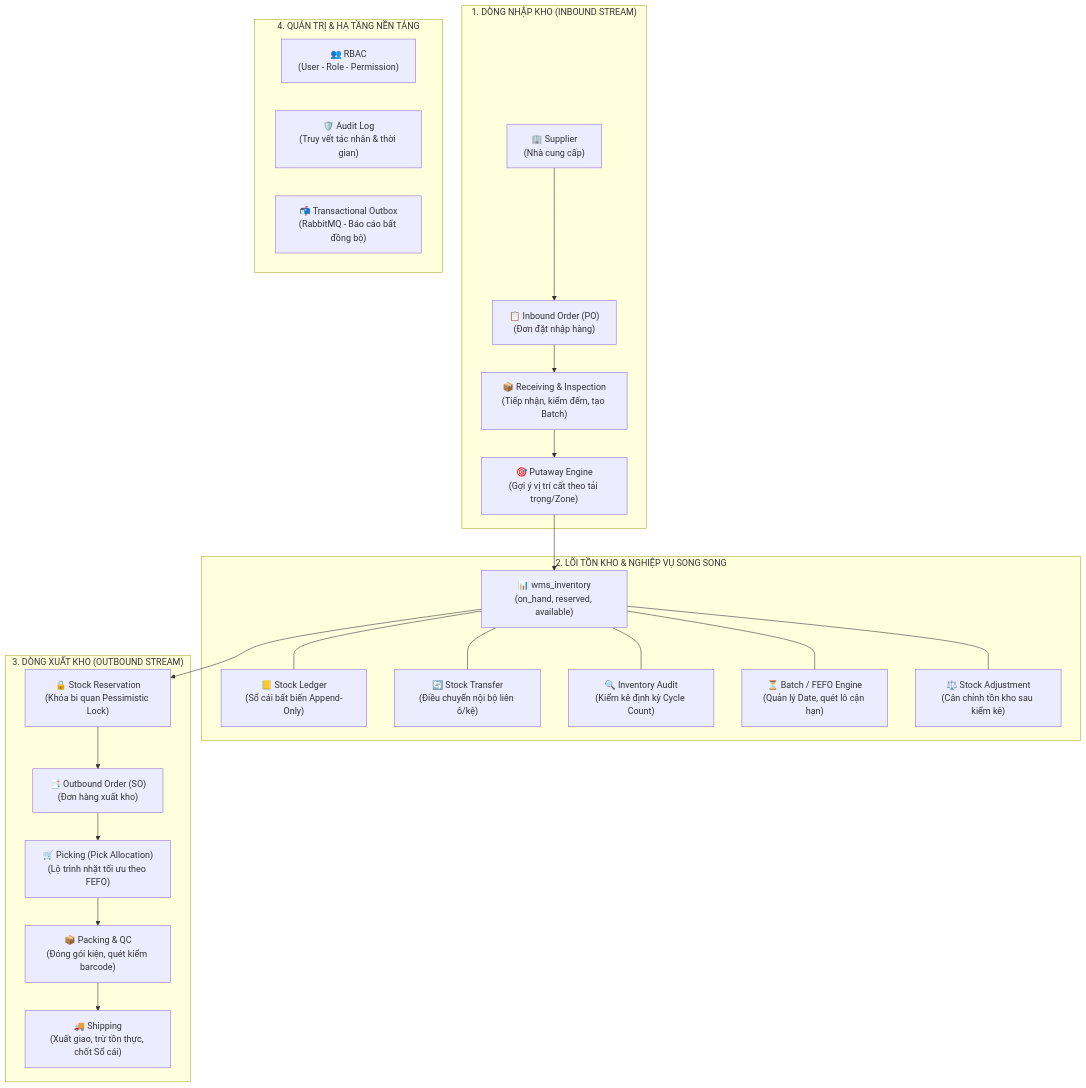
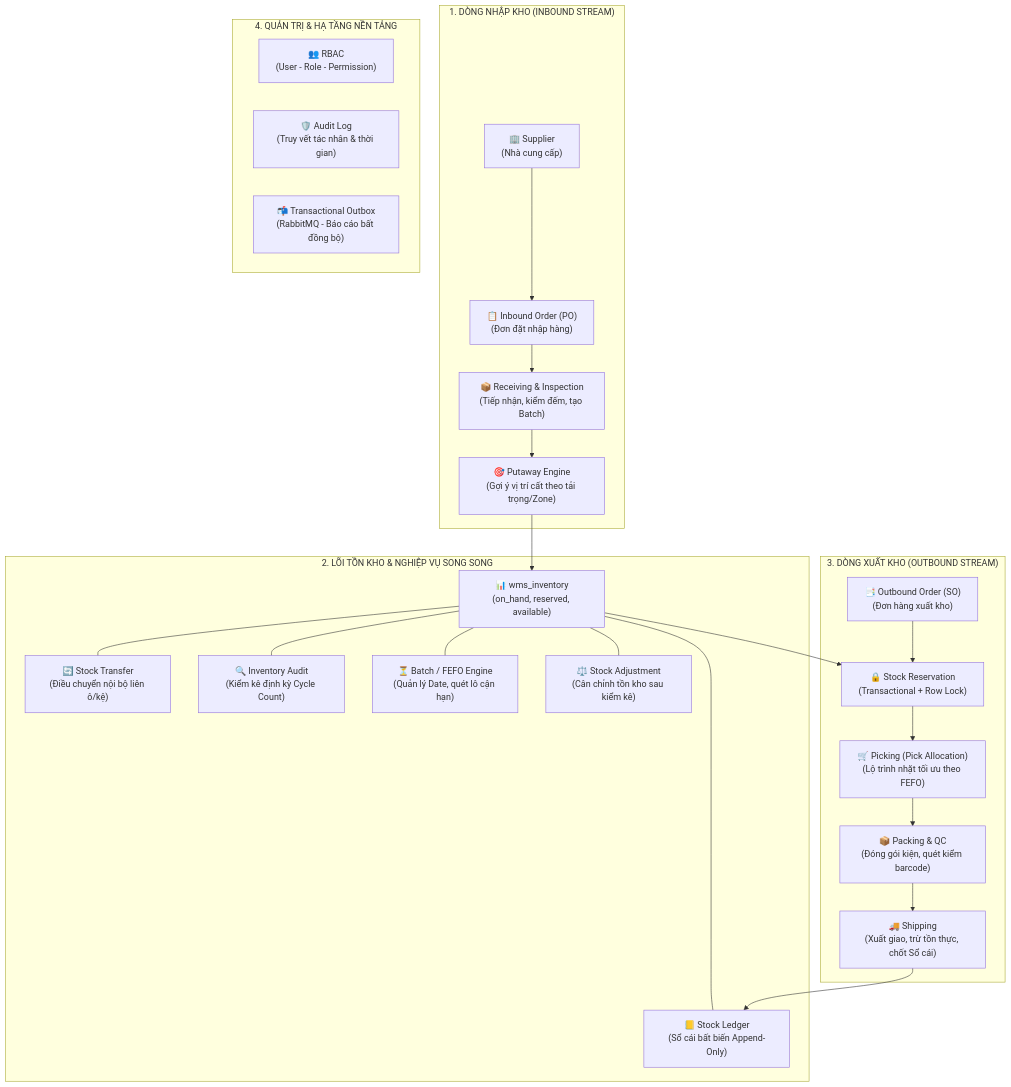
The first of 4 diagrams in LUONG_DU_LIEU_VA_QUY_TAC_NGHIEP_VU.md (chien261025/HKDN), drawn with Mermaid before and after one commit.

Commit message:
docs: correct outbound flow order (Outbound Order -> Reservation) and refine transaction lock label

````diff
--- a/LUONG_DU_LIEU_VA_QUY_TAC_NGHIEP_VU.md
+++ b/LUONG_DU_LIEU_VA_QUY_TAC_NGHIEP_VU.md
@@ -25,39 +25,40 @@
 ```mermaid
 flowchart TD
     subgraph INBOUND ["1. DÒNG NHẬP KHO (INBOUND STREAM)"]
         SUP["🏢 Supplier<br/>(Nhà cung cấp)"] --> INB["📋 Inbound Order (PO)<br/>(Đơn đặt nhập hàng)"]
         INB --> RCV["📦 Receiving & Inspection<br/>(Tiếp nhận, kiểm đếm, tạo Batch)"]
         RCV --> PUT["🎯 Putaway Engine<br/>(Gợi ý vị trí cất theo tải trọng/Zone)"]
     end
 
     subgraph CORE ["2. LÕI TỒN KHO & NGHIỆP VỤ SONG SONG"]
         INV["📊 wms_inventory<br/>(on_hand, reserved, available)"]
         LEDGER["📒 Stock Ledger<br/>(Sổ cái bất biến Append-Only)"]
         TRF["🔄 Stock Transfer<br/>(Điều chuyển nội bộ liên ô/kệ)"]
         AUDIT["🔍 Inventory Audit<br/>(Kiểm kê định kỳ Cycle Count)"]
         FEFO["⏳ Batch / FEFO Engine<br/>(Quản lý Date, quét lô cận hạn)"]
         ADJ["⚖️ Stock Adjustment<br/>(Cân chỉnh tồn kho sau kiểm kê)"]
 
         INV --- LEDGER
         INV --- TRF
         INV --- AUDIT
         INV --- FEFO
         INV --- ADJ
     end
 
     subgraph OUTBOUND ["3. DÒNG XUẤT KHO (OUTBOUND STREAM)"]
-        RES["🔒 Stock Reservation<br/>(Khóa bi quan Pessimistic Lock)"] --> OUTB["📑 Outbound Order (SO)<br/>(Đơn hàng xuất kho)"]
-        OUTB --> PICK["🛒 Picking (Pick Allocation)<br/>(Lộ trình nhặt tối ưu theo FEFO)"]
+        OUTB["📑 Outbound Order (SO)<br/>(Đơn hàng xuất kho)"] --> RES["🔒 Stock Reservation<br/>(Transactional + Row Lock)"]
+        RES --> PICK["🛒 Picking (Pick Allocation)<br/>(Lộ trình nhặt tối ưu theo FEFO)"]
         PICK --> PACK["📦 Packing & QC<br/>(Đóng gói kiện, quét kiểm barcode)"]
         PACK --> SHIP["🚚 Shipping<br/>(Xuất giao, trừ tồn thực, chốt Sổ cái)"]
     end
 
     subgraph GOV ["4. QUẢN TRỊ & HẠ TẦNG NỀN TẢNG"]
         RBAC["👥 RBAC<br/>(User - Role - Permission)"]
         AUDIT_TRAIL["🛡️ Audit Log<br/>(Truy vết tác nhân & thời gian)"]
         OUTBOX["📬 Transactional Outbox<br/>(RabbitMQ - Báo cáo bất đồng bộ)"]
     end
 
     PUT --> INV
     INV --> RES
+    SHIP --> LEDGER
 ```
````
